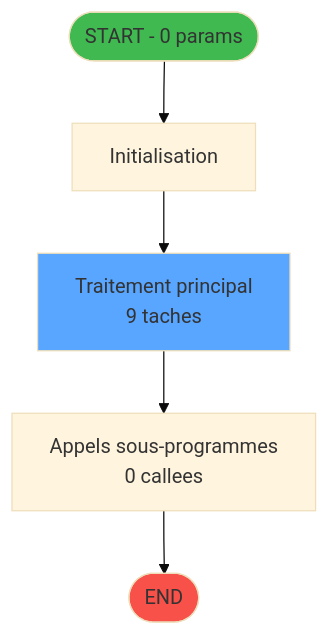
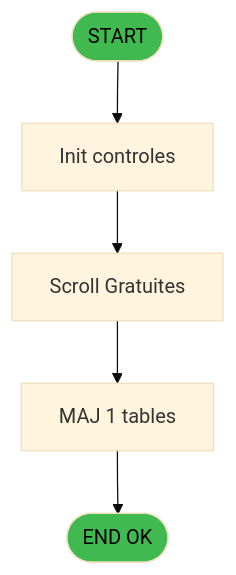
Before and after one commit to thonyAGP/magic-migration: the second of 4 diagrams in .openspec/specs/ADH-IDE-168.md, drawn with Mermaid (base theme). The commit also changed other lines of this file and 253 other files, not shown here.

````diff
--- a/.openspec/specs/ADH-IDE-168.md
+++ b/.openspec/specs/ADH-IDE-168.md
@@ -83,14 +1177,14 @@
 ```mermaid
 flowchart TD
-    START([START - 0 params])
-    INIT["Initialisation"]
-    PROCESS["Traitement principal<br/>9 taches"]
-    CALLS["Appels sous-programmes<br/>0 callees"]
-    ENDOK([END])
+    START([START])
+    INIT[Init controles]
+    SAISIE[Scroll Gratuites]
+    UPDATE[MAJ 1 tables]
+    ENDOK([END OK])
 
-    START --> INIT --> PROCESS --> CALLS --> ENDOK
+    START --> INIT --> SAISIE
+    SAISIE --> UPDATE --> ENDOK
 
-    style START fill:#3fb950
-    style ENDOK fill:#f85149
-    style PROCESS fill:#58a6ff
+    style START fill:#3fb950,color:#000
+    style ENDOK fill:#3fb950,color:#000
 ```
````
